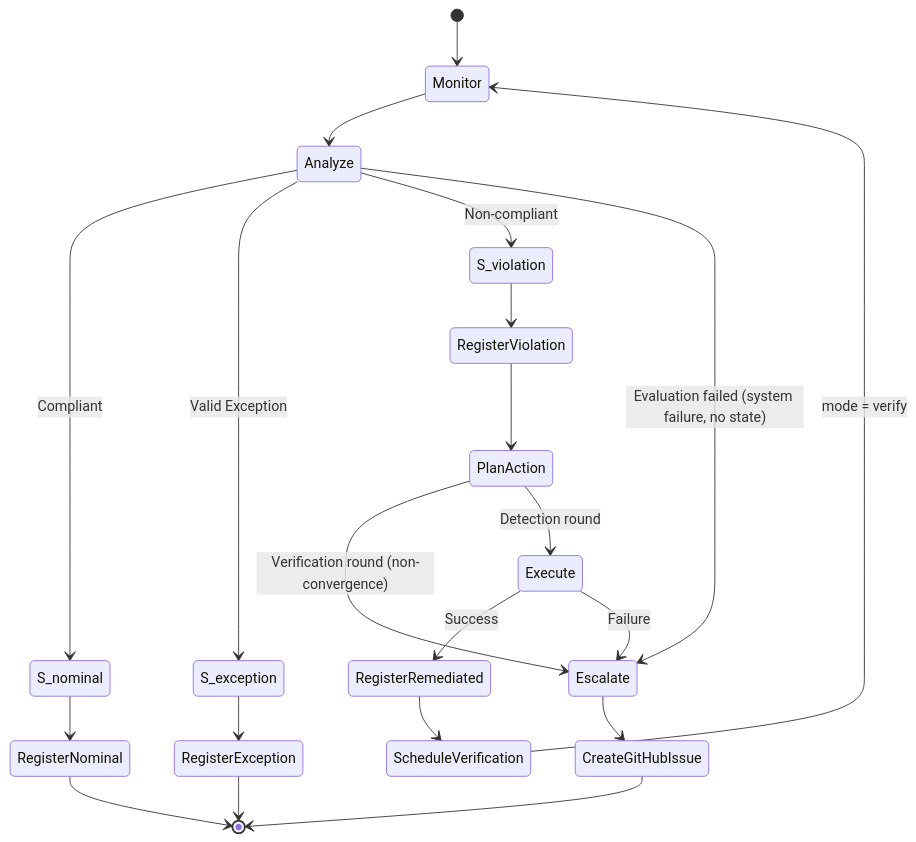
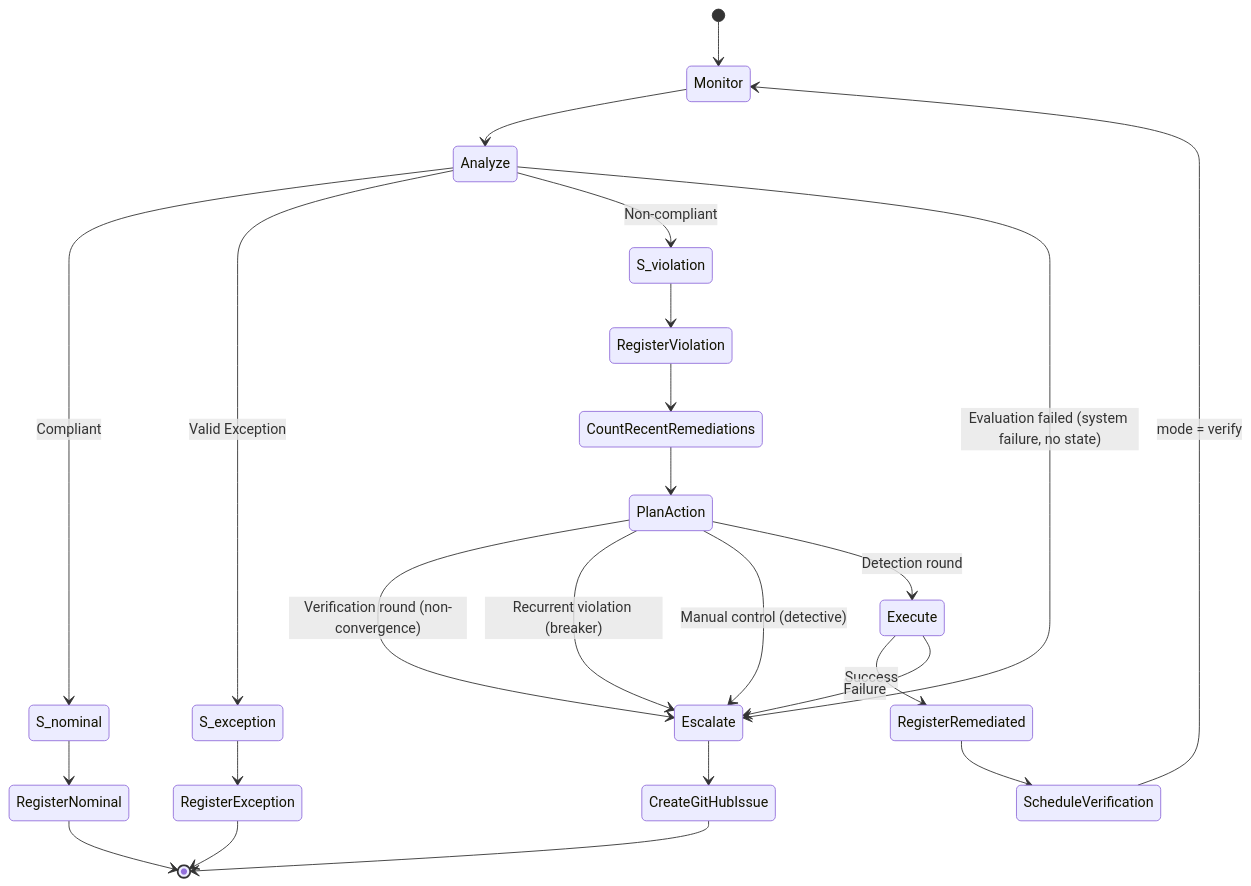
Before and after one commit to ricardoandreh/compliance-loop: the second of 6 diagrams in .kiro/specs/mvp-compliance-automation-loop/design.md, drawn with Mermaid. The commit also changed other lines of this file and 3 other files, not shown here.

````diff
--- a/.kiro/specs/mvp-compliance-automation-loop/design.md
+++ b/.kiro/specs/mvp-compliance-automation-loop/design.md
@@ -93,23 +107,26 @@
 ```mermaid
 stateDiagram-v2
     [*] --> Monitor
     Monitor --> Analyze
     Analyze --> S_nominal: Compliant
     Analyze --> S_exception: Valid Exception
     Analyze --> S_violation: Non-compliant
     Analyze --> Escalate: Evaluation failed (system failure, no state)
     S_nominal --> RegisterNominal
     S_exception --> RegisterException
     S_violation --> RegisterViolation
-    RegisterViolation --> PlanAction
+    RegisterViolation --> CountRecentRemediations
+    CountRecentRemediations --> PlanAction
     PlanAction --> Escalate: Verification round (non-convergence)
+    PlanAction --> Escalate: Recurrent violation (breaker)
+    PlanAction --> Escalate: Manual control (detective)
     PlanAction --> Execute: Detection round
     Execute --> RegisterRemediated: Success
     Execute --> Escalate: Failure
     RegisterRemediated --> ScheduleVerification
     ScheduleVerification --> Monitor: mode = verify
     Escalate --> CreateGitHubIssue
     RegisterNominal --> [*]
     RegisterException --> [*]
     CreateGitHubIssue --> [*]
 ```
````
